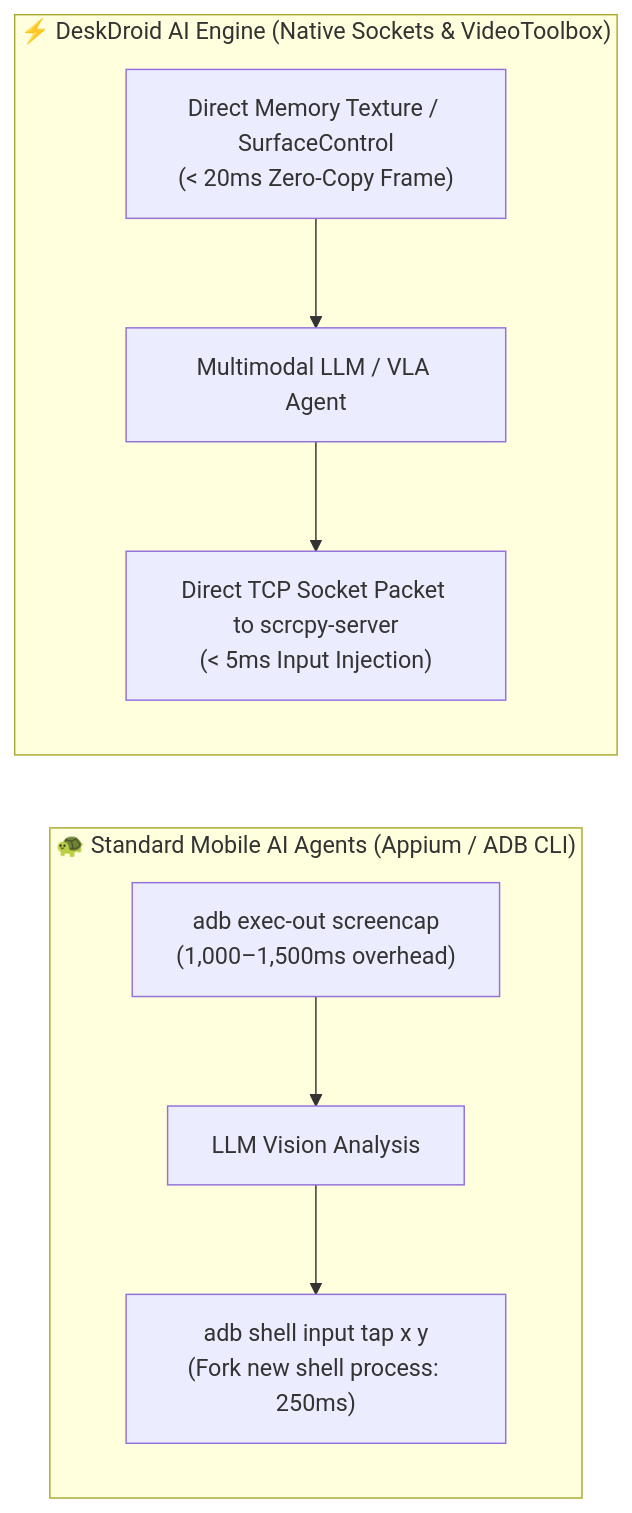
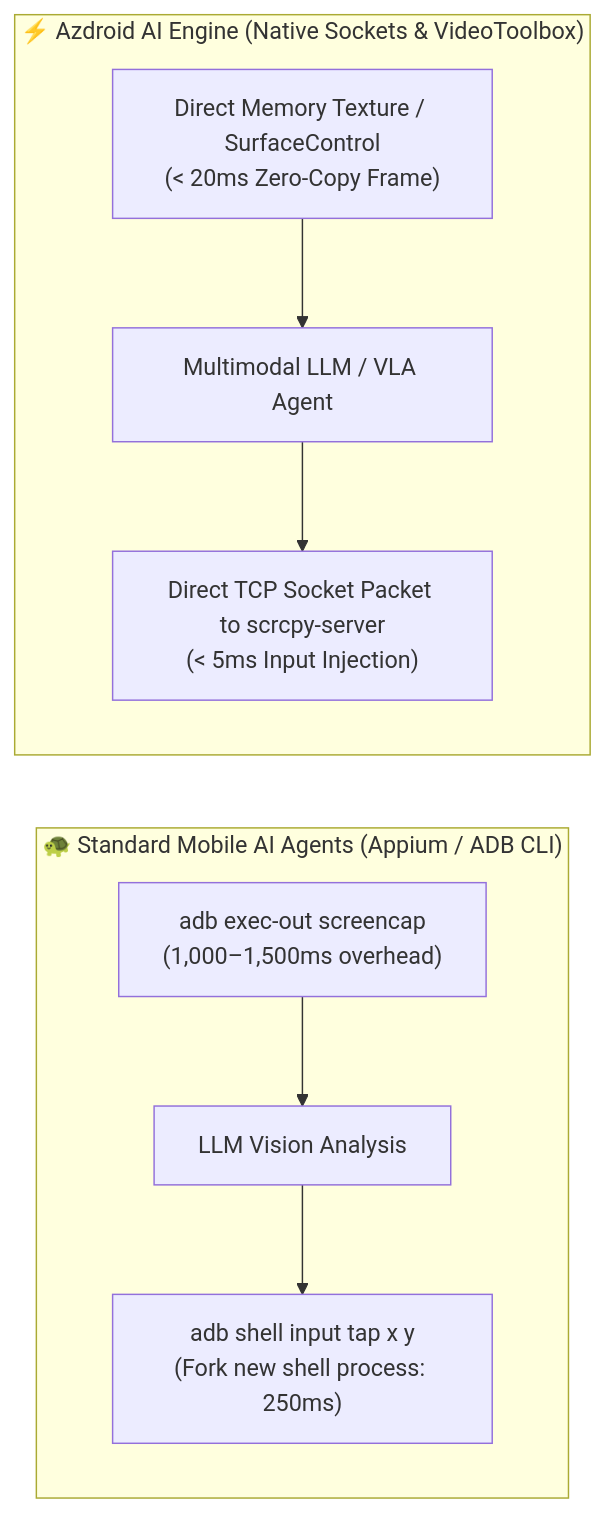
The diagram in docs/ai-agent-feasibility.md (az-coder-123/azdroid), drawn with Mermaid before and after one commit. The commit also changed other lines of this file and 101 other files, not shown here.

````diff
--- a/docs/ai-agent-feasibility.md
+++ b/docs/ai-agent-feasibility.md
@@ -20,12 +20,12 @@
 ```mermaid
 flowchart LR
     subgraph Traditional ["🐢 Standard Mobile AI Agents (Appium / ADB CLI)"]
         T1["adb exec-out screencap\n(1,000–1,500ms overhead)"] --> T2["LLM Vision Analysis"]
         T2 --> T3["adb shell input tap x y\n(Fork new shell process: 250ms)"]
     end
 
-    subgraph DeskDroid ["⚡️ DeskDroid AI Engine (Native Sockets & VideoToolbox)"]
+    subgraph Azdroid ["⚡️ Azdroid AI Engine (Native Sockets & VideoToolbox)"]
         D1["Direct Memory Texture / SurfaceControl\n(< 20ms Zero-Copy Frame)"] --> D2["Multimodal LLM / VLA Agent"]
         D2 --> D3["Direct TCP Socket Packet to scrcpy-server\n(< 5ms Input Injection)"]
     end
 ```
````
